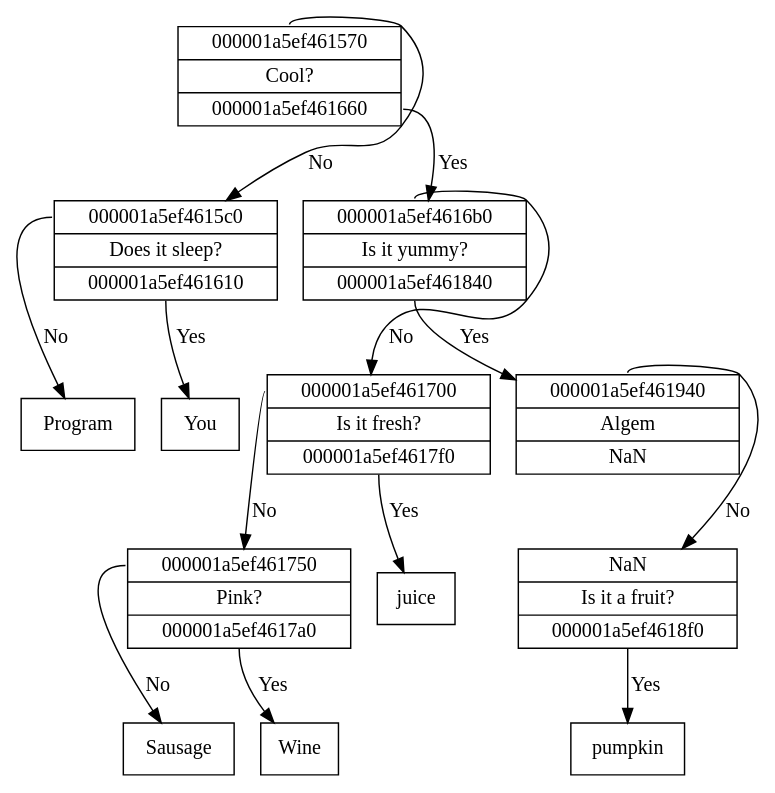
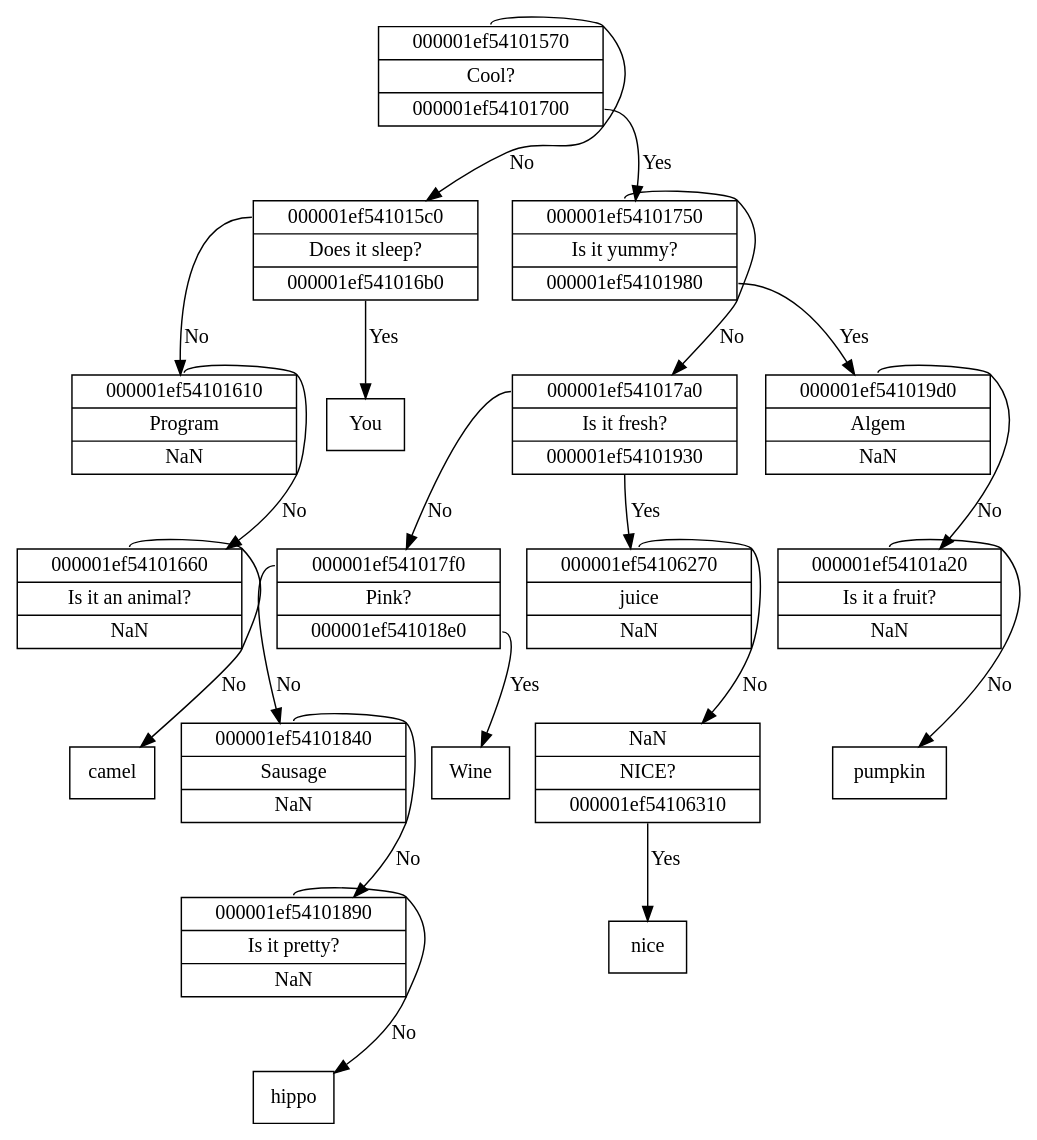
Before and after one commit to V13kv/MIPT: the diagram in First Course/First Semester/Dedinsky Сourse/Akinator/src/graph2.dot, drawn with Graphviz. The commit also changed 14 other files, not shown here.

```diff
--- a/First Course/First Semester/Dedinsky Сourse/Akinator/src/graph2.dot
+++ b/First Course/First Semester/Dedinsky Сourse/Akinator/src/graph2.dot
@@ -1,27 +1,39 @@
 digraph Tree {
-	Node_000001a5ef461520 [shape="record", label="{ <left> 000001a5ef461570 | Cool? | <right> 000001a5ef461660 }"];
-	Node_000001a5ef461520:<left> -> Node_000001a5ef461570 [label="No"];
-	Node_000001a5ef461520:<right> -> Node_000001a5ef461660 [label="Yes"];
-	Node_000001a5ef461660 [shape="record", label="{ <left> 000001a5ef4616b0 | Is it yummy? | <right> 000001a5ef461840 }"];
-	Node_000001a5ef461660:<left> -> Node_000001a5ef4616b0 [label="No"];
-	Node_000001a5ef461660:<right> -> Node_000001a5ef461840 [label="Yes"];
-	Node_000001a5ef461840 [shape="record", label="{ <left> 000001a5ef461940 | Algem | <right> NaN }"];
-	Node_000001a5ef461840:<left> -> Node_000001a5ef461940 [label="No"];
-	Node_000001a5ef461940 [shape="record", label="{ <left> NaN | Is it a fruit? | <right> 000001a5ef4618f0 }"];
-	Node_000001a5ef461940:<right> -> Node_000001a5ef4618f0 [label="Yes"];
-	Node_000001a5ef4618f0 [shape="record", label="{ pumpkin }"];
-	Node_000001a5ef4616b0 [shape="record", label="{ <left> 000001a5ef461700 | Is it fresh? | <right> 000001a5ef4617f0 }"];
-	Node_000001a5ef4616b0:<left> -> Node_000001a5ef461700 [label="No"];
-	Node_000001a5ef4616b0:<right> -> Node_000001a5ef4617f0 [label="Yes"];
-	Node_000001a5ef4617f0 [shape="record", label="{ juice }"];
-	Node_000001a5ef461700 [shape="record", label="{ <left> 000001a5ef461750 | Pink? | <right> 000001a5ef4617a0 }"];
-	Node_000001a5ef461700:<left> -> Node_000001a5ef461750 [label="No"];
-	Node_000001a5ef461700:<right> -> Node_000001a5ef4617a0 [label="Yes"];
-	Node_000001a5ef4617a0 [shape="record", label="{ Wine }"];
-	Node_000001a5ef461750 [shape="record", label="{ Sausage }"];
-	Node_000001a5ef461570 [shape="record", label="{ <left> 000001a5ef4615c0 | Does it sleep? | <right> 000001a5ef461610 }"];
-	Node_000001a5ef461570:<left> -> Node_000001a5ef4615c0 [label="No"];
-	Node_000001a5ef461570:<right> -> Node_000001a5ef461610 [label="Yes"];
-	Node_000001a5ef461610 [shape="record", label="{ You }"];
-	Node_000001a5ef4615c0 [shape="record", label="{ Program }"];
+	Node_000001ef54101520 [shape="record", label="{ <left> 000001ef54101570 | Cool? | <right> 000001ef54101700 }"];
+	Node_000001ef54101520:<left> -> Node_000001ef54101570 [label="No"];
+	Node_000001ef54101520:<right> -> Node_000001ef54101700 [label="Yes"];
+	Node_000001ef54101700 [shape="record", label="{ <left> 000001ef54101750 | Is it yummy? | <right> 000001ef54101980 }"];
+	Node_000001ef54101700:<left> -> Node_000001ef54101750 [label="No"];
+	Node_000001ef54101700:<right> -> Node_000001ef54101980 [label="Yes"];
+	Node_000001ef54101980 [shape="record", label="{ <left> 000001ef541019d0 | Algem | <right> NaN }"];
+	Node_000001ef54101980:<left> -> Node_000001ef541019d0 [label="No"];
+	Node_000001ef541019d0 [shape="record", label="{ <left> 000001ef54101a20 | Is it a fruit? | <right> NaN }"];
+	Node_000001ef541019d0:<left> -> Node_000001ef54101a20 [label="No"];
+	Node_000001ef54101a20 [shape="record", label="{ pumpkin }"];
+	Node_000001ef54101750 [shape="record", label="{ <left> 000001ef541017a0 | Is it fresh? | <right> 000001ef54101930 }"];
+	Node_000001ef54101750:<left> -> Node_000001ef541017a0 [label="No"];
+	Node_000001ef54101750:<right> -> Node_000001ef54101930 [label="Yes"];
+	Node_000001ef54101930 [shape="record", label="{ <left> 000001ef54106270 | juice | <right> NaN }"];
+	Node_000001ef54101930:<left> -> Node_000001ef54106270 [label="No"];
+	Node_000001ef54106270 [shape="record", label="{ <left> NaN | NICE? | <right> 000001ef54106310 }"];
+	Node_000001ef54106270:<right> -> Node_000001ef54106310 [label="Yes"];
+	Node_000001ef54106310 [shape="record", label="{ nice }"];
+	Node_000001ef541017a0 [shape="record", label="{ <left> 000001ef541017f0 | Pink? | <right> 000001ef541018e0 }"];
+	Node_000001ef541017a0:<left> -> Node_000001ef541017f0 [label="No"];
+	Node_000001ef541017a0:<right> -> Node_000001ef541018e0 [label="Yes"];
+	Node_000001ef541018e0 [shape="record", label="{ Wine }"];
+	Node_000001ef541017f0 [shape="record", label="{ <left> 000001ef54101840 | Sausage | <right> NaN }"];
+	Node_000001ef541017f0:<left> -> Node_000001ef54101840 [label="No"];
+	Node_000001ef54101840 [shape="record", label="{ <left> 000001ef54101890 | Is it pretty? | <right> NaN }"];
+	Node_000001ef54101840:<left> -> Node_000001ef54101890 [label="No"];
+	Node_000001ef54101890 [shape="record", label="{ hippo }"];
+	Node_000001ef54101570 [shape="record", label="{ <left> 000001ef541015c0 | Does it sleep? | <right> 000001ef541016b0 }"];
+	Node_000001ef54101570:<left> -> Node_000001ef541015c0 [label="No"];
+	Node_000001ef54101570:<right> -> Node_000001ef541016b0 [label="Yes"];
+	Node_000001ef541016b0 [shape="record", label="{ You }"];
+	Node_000001ef541015c0 [shape="record", label="{ <left> 000001ef54101610 | Program | <right> NaN }"];
+	Node_000001ef541015c0:<left> -> Node_000001ef54101610 [label="No"];
+	Node_000001ef54101610 [shape="record", label="{ <left> 000001ef54101660 | Is it an animal? | <right> NaN }"];
+	Node_000001ef54101610:<left> -> Node_000001ef54101660 [label="No"];
+	Node_000001ef54101660 [shape="record", label="{ camel }"];
 }
```
